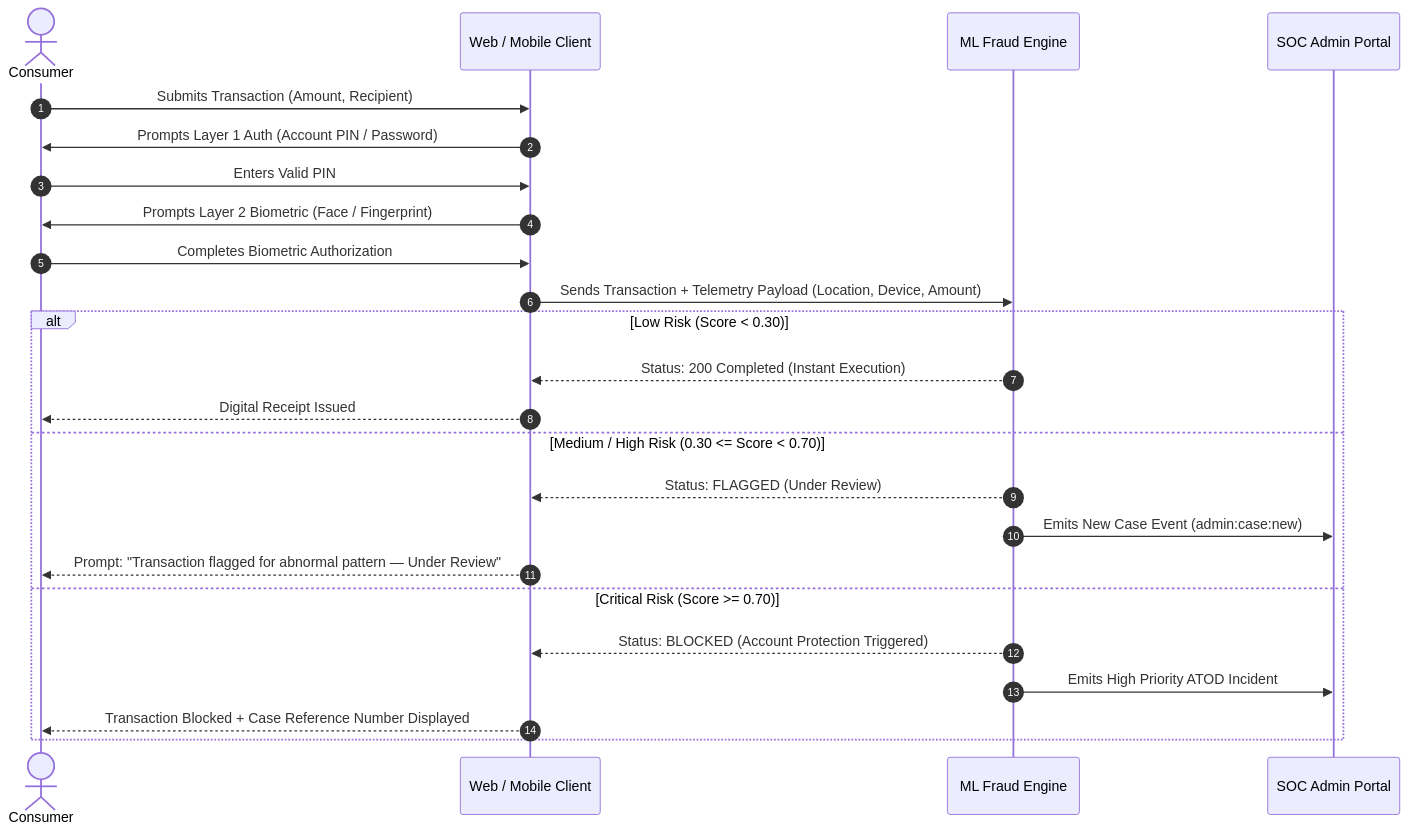
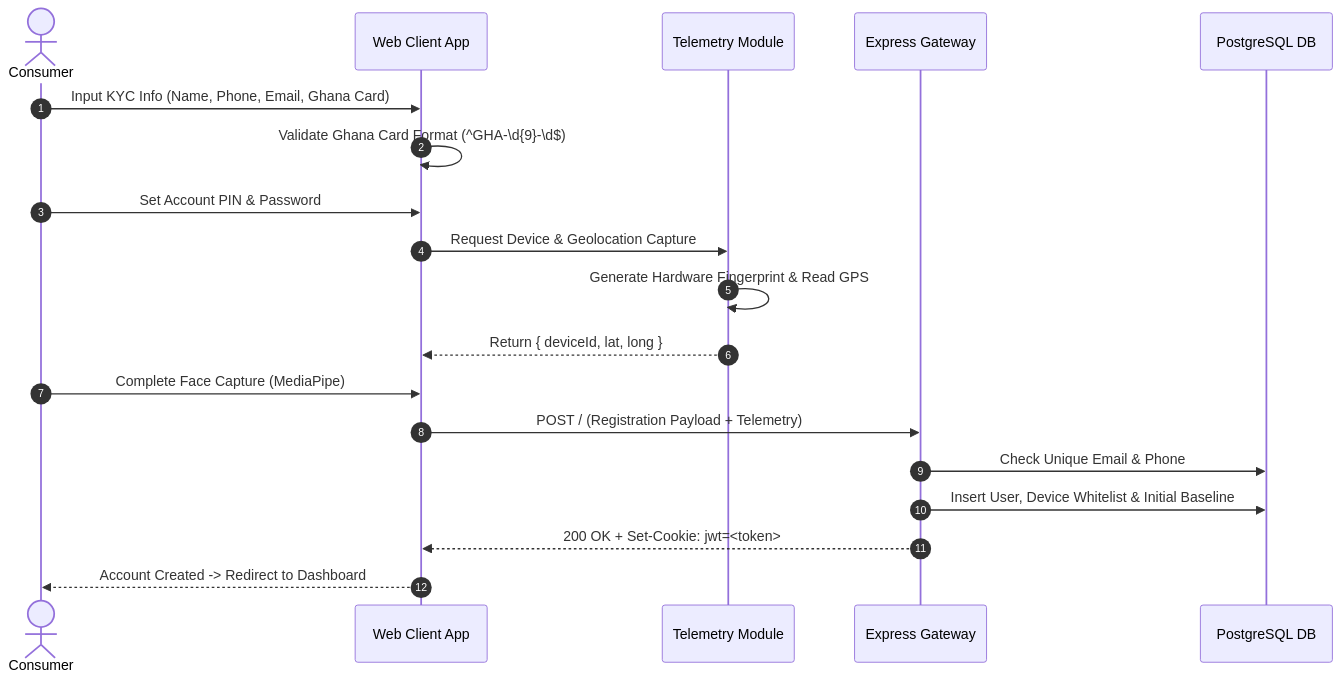
Before and after one commit to heyywillz/Simulated-Mobile-Money-App-Frontend: the third of 5 diagrams in README.md, drawn with Mermaid. The commit also changed other lines of this file, not shown here.

Commit message:
Enhance academic README with mathematical formulations, flowcharts, and research paper documentation

````diff
--- a/README.md
+++ b/README.md
@@ -168,29 +399,22 @@
 ```mermaid
 sequenceDiagram
     autonumber
     actor User as Consumer
-    participant App as Web / Mobile Client
-    participant ML as ML Fraud Engine
-    participant Admin as SOC Admin Portal
+    participant Web as Web Client App
+    participant Telemetry as Telemetry Module
+    participant API as Express Gateway
+    participant DB as PostgreSQL DB
 
-    User->>App: Submits Transaction (Amount, Recipient)
-    App->>User: Prompts Layer 1 Auth (Account PIN / Password)
-    User->>App: Enters Valid PIN
-    App->>User: Prompts Layer 2 Biometric (Face / Fingerprint)
-    User->>App: Completes Biometric Authorization
-    
-    App->>ML: Sends Transaction + Telemetry Payload (Location, Device, Amount)
-    
-    alt Low Risk (Score < 0.30)
-        ML-->>App: Status: 200 Completed (Instant Execution)
-        App-->>User: Digital Receipt Issued
-    else Medium / High Risk (0.30 <= Score < 0.70)
-        ML-->>App: Status: FLAGGED (Under Review)
-        ML->>Admin: Emits New Case Event (admin:case:new)
-        App-->>User: Prompt: "Transaction flagged for abnormal pattern — Under Review"
-    else Critical Risk (Score >= 0.70)
-        ML-->>App: Status: BLOCKED (Account Protection Triggered)
-        ML->>Admin: Emits High Priority ATOD Incident
-        App-->>User: Transaction Blocked + Case Reference Number Displayed
-    end
+    User->>Web: Input KYC Info (Name, Phone, Email, Ghana Card)
+    Web->>Web: Validate Ghana Card Format (^GHA-\d{9}-\d$)
+    User->>Web: Set Account PIN & Password
+    Web->>Telemetry: Request Device & Geolocation Capture
+    Telemetry->>Telemetry: Generate Hardware Fingerprint & Read GPS
+    Telemetry-->>Web: Return { deviceId, lat, long }
+    User->>Web: Complete Face Capture (MediaPipe)
+    Web->>API: POST / (Registration Payload + Telemetry)
+    API->>DB: Check Unique Email & Phone
+    API->>DB: Insert User, Device Whitelist & Initial Baseline
+    API-->>Web: 200 OK + Set-Cookie: jwt=<token>
+    Web-->>User: Account Created -> Redirect to Dashboard
 ```
````
